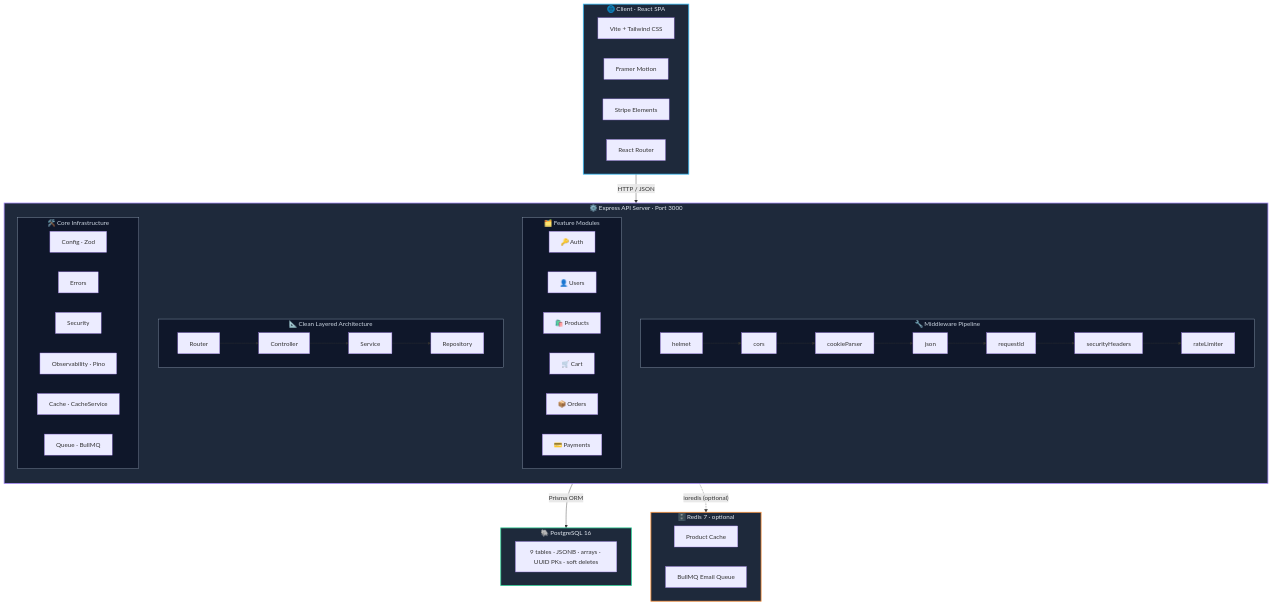
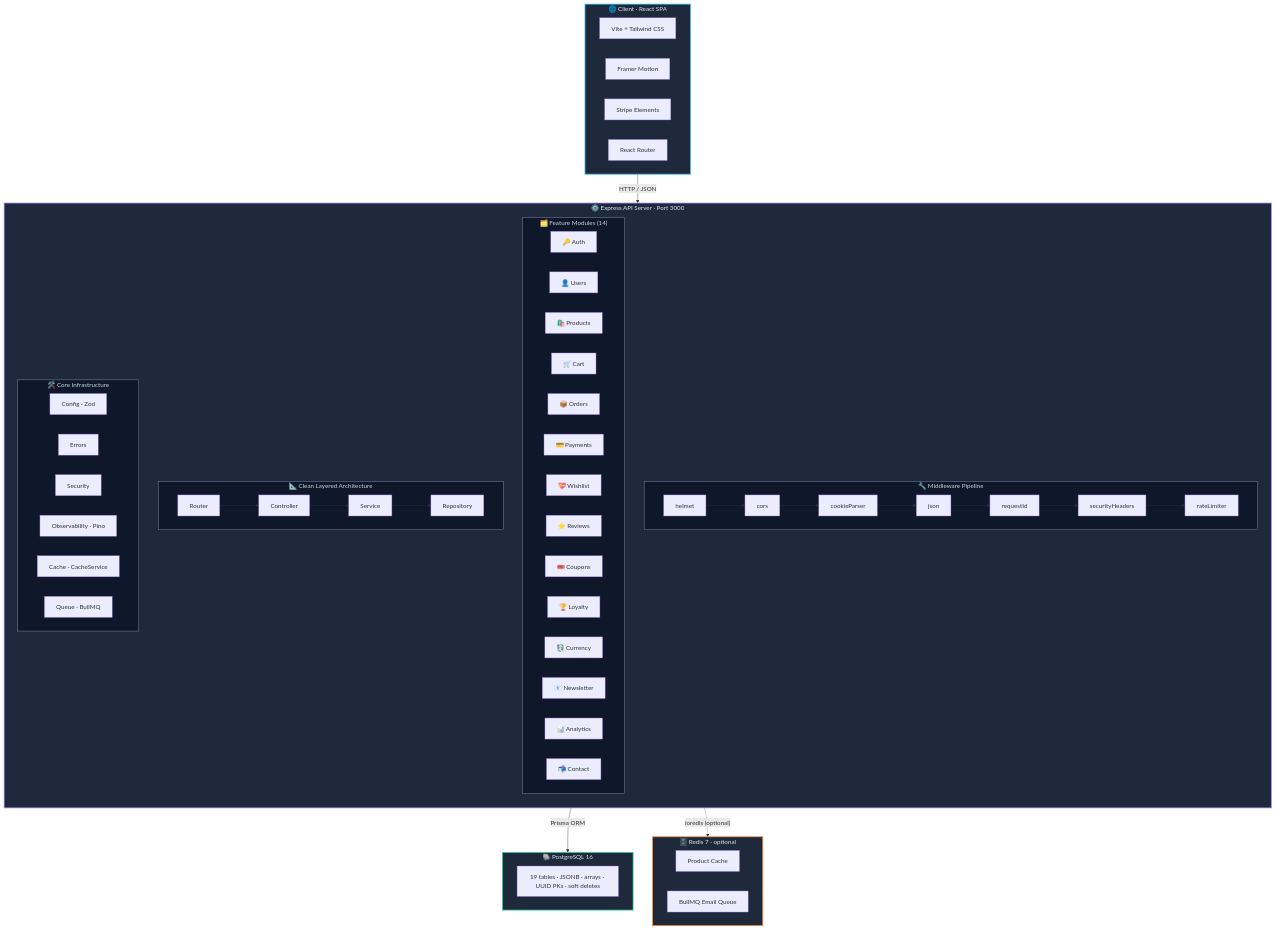
One commit to Vedric/blessp changed the diagram in README.md. Above: the diagram before and after it, drawn with Mermaid. The commit also changed other lines of this file and 35 other files, not shown here.

````diff
--- a/README.md
+++ b/README.md
@@ -700,73 +728,81 @@
 ```mermaid
 graph TB
     subgraph CLIENT["🌐 Client · React SPA"]
         direction LR
         C1["Vite + Tailwind CSS"]
         C2["Framer Motion"]
         C3["Stripe Elements"]
         C4["React Router"]
     end
 
     subgraph SERVER["⚙️ Express API Server · Port 3000"]
         direction TB
 
         subgraph MW["🔧 Middleware Pipeline"]
             direction LR
             MW1["helmet"] --> MW2["cors"]
             MW2 --> MW3["cookieParser"]
             MW3 --> MW4["json"]
             MW4 --> MW5["requestId"]
             MW5 --> MW6["securityHeaders"]
             MW6 --> MW7["rateLimiter"]
         end
 
-        subgraph FEAT["🗂️ Feature Modules"]
+        subgraph FEAT["🗂️ Feature Modules (14)"]
             direction LR
             F1["🔑 Auth"]
             F2["👤 Users"]
             F3["🛍️ Products"]
             F4["🛒 Cart"]
             F5["📦 Orders"]
             F6["💳 Payments"]
+            F7["💝 Wishlist"]
+            F8["⭐ Reviews"]
+            F9["🎟️ Coupons"]
+            F10["🏆 Loyalty"]
+            F11["💱 Currency"]
+            F12["📧 Newsletter"]
+            F13["📊 Analytics"]
+            F14["📬 Contact"]
         end
 
         subgraph LAYER["📐 Clean Layered Architecture"]
             direction LR
             L1["Router"] --> L2["Controller"]
             L2 --> L3["Service"]
             L3 --> L4["Repository"]
         end
 
         subgraph CORE["🛠️ Core Infrastructure"]
             direction LR
             CORE1["Config · Zod"]
             CORE2["Errors"]
             CORE3["Security"]
             CORE4["Observability · Pino"]
             CORE5["Cache · CacheService"]
             CORE6["Queue · BullMQ"]
         end
     end
 
     subgraph DB["🐘 PostgreSQL 16"]
-        DB1["9 tables · JSONB · arrays · UUID PKs · soft deletes"]
+        DB1["19 tables · JSONB · arrays · UUID PKs · soft deletes"]
     end
 
     subgraph REDIS["🗄️ Redis 7 · optional"]
         R1["Product Cache"]
         R2["BullMQ Email Queue"]
     end
 
     CLIENT -- "HTTP / JSON" --> SERVER
     SERVER -- "Prisma ORM" --> DB
     SERVER -. "ioredis (optional)" .-> REDIS
 
     style CLIENT fill:#1e293b,stroke:#38bdf8,stroke-width:2px,color:#e2e8f0
     style SERVER fill:#1e293b,stroke:#a78bfa,stroke-width:2px,color:#e2e8f0
     style MW fill:#0f172a,stroke:#94a3b8,stroke-width:1px,color:#cbd5e1
     style FEAT fill:#0f172a,stroke:#94a3b8,stroke-width:1px,color:#cbd5e1
     style LAYER fill:#0f172a,stroke:#94a3b8,stroke-width:1px,color:#cbd5e1
     style CORE fill:#0f172a,stroke:#94a3b8,stroke-width:1px,color:#cbd5e1
     style DB fill:#1e293b,stroke:#34d399,stroke-width:2px,color:#e2e8f0
     style REDIS fill:#1e293b,stroke:#fb923c,stroke-width:2px,color:#e2e8f0
 ```
````
